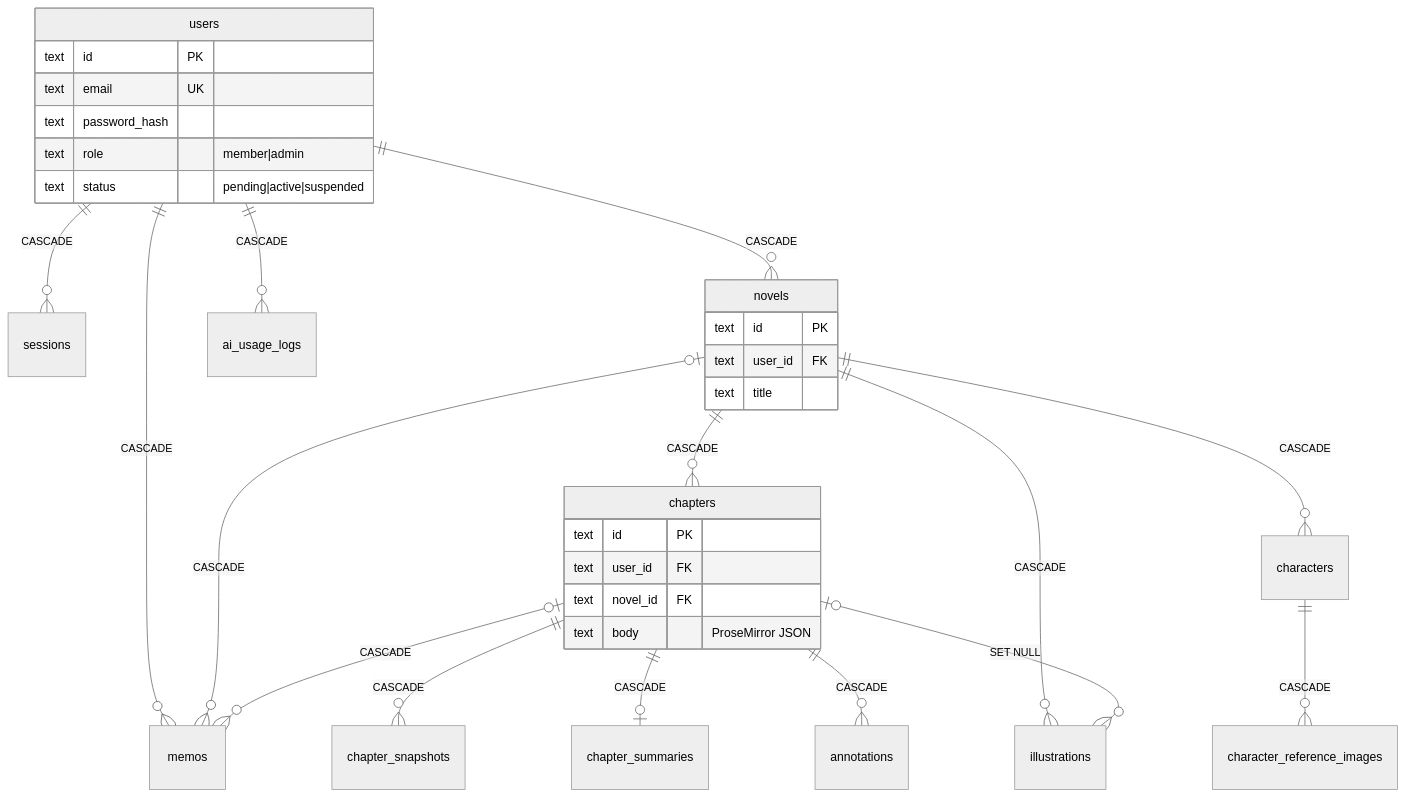
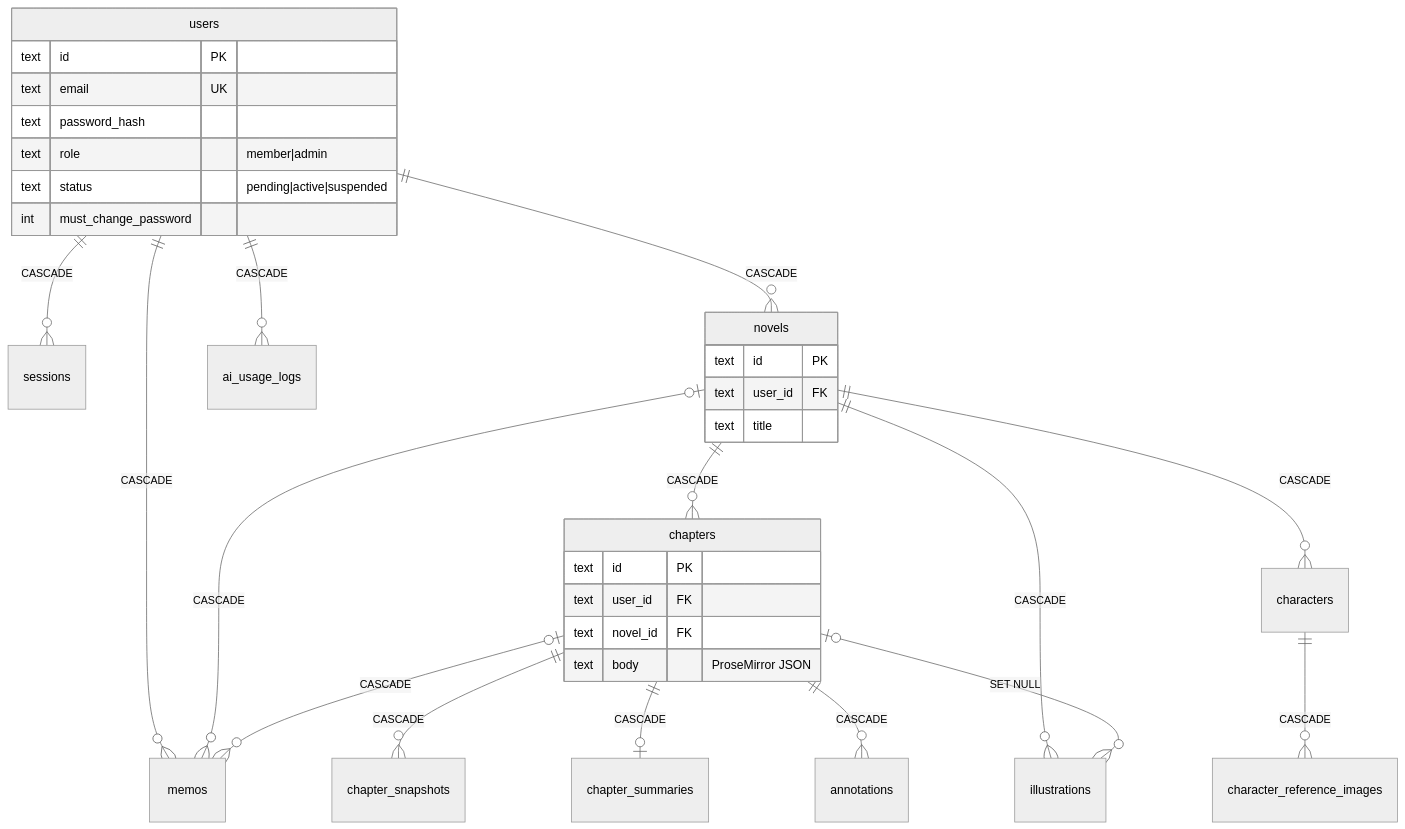
Before and after one commit to gyuha/novelist: the diagram in packages/db/SCHEMA.md, drawn with Mermaid (neutral theme). The commit also changed other lines of this file and 49 other files, not shown here.

````diff
--- a/packages/db/SCHEMA.md
+++ b/packages/db/SCHEMA.md
@@ -23,36 +23,37 @@
 ```mermaid
 erDiagram
     users ||--o{ sessions : "CASCADE"
     users ||--o{ novels : "CASCADE"
     users ||--o{ memos : "CASCADE"
     users ||--o{ ai_usage_logs : "CASCADE"
     novels ||--o{ chapters : "CASCADE"
     novels ||--o{ characters : "CASCADE"
     novels ||--o{ illustrations : "CASCADE"
     novels |o--o{ memos : "CASCADE"
     chapters |o--o{ memos : "CASCADE"
     chapters ||--o{ chapter_snapshots : "CASCADE"
     chapters ||--o| chapter_summaries : "CASCADE"
     chapters ||--o{ annotations : "CASCADE"
     chapters |o--o{ illustrations : "SET NULL"
     characters ||--o{ character_reference_images : "CASCADE"
 
     users {
         text id PK
         text email UK
         text password_hash
         text role "member|admin"
         text status "pending|active|suspended"
+        int must_change_password
     }
     novels {
         text id PK
         text user_id FK
         text title
     }
     chapters {
         text id PK
         text user_id FK
         text novel_id FK
         text body "ProseMirror JSON"
     }
 ```
````
